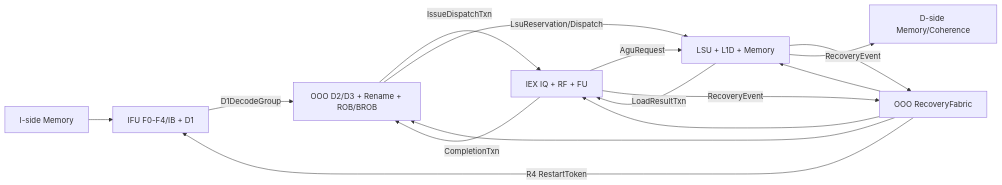
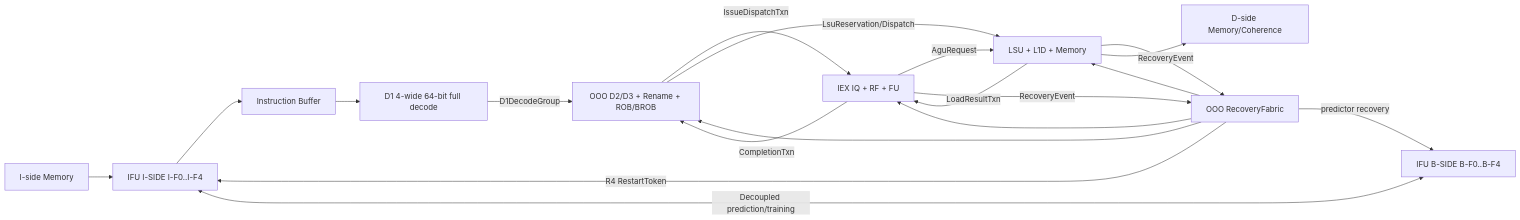
The diagram in docs/chisel/linxcore-chisel-microarchitecture-improvement-design.md (LinxISA/LinxCore), drawn with Mermaid before and after one commit. The commit also changed other lines of this file and 73 other files, not shown here.

````diff
--- a/docs/chisel/linxcore-chisel-microarchitecture-improvement-design.md
+++ b/docs/chisel/linxcore-chisel-microarchitecture-improvement-design.md
@@ -129,17 +139,21 @@
 ```mermaid
 flowchart LR
-  MEMI["I-side Memory"] --> IFU["IFU F0-F4/IB + D1"]
-  IFU -->|"D1DecodeGroup"| OOO["OOO D2/D3 + Rename + ROB/BROB"]
+  MEMI["I-side Memory"] --> ISIDE["IFU I-SIDE I-F0..I-F4"]
+  BSIDE["IFU B-SIDE B-F0..B-F4"] <-->|"Decoupled prediction/training"| ISIDE
+  ISIDE --> IB["Instruction Buffer"]
+  IB --> D1["D1 4-wide 64-bit full decode"]
+  D1 -->|"D1DecodeGroup"| OOO["OOO D2/D3 + Rename + ROB/BROB"]
   OOO -->|"IssueDispatchTxn"| IEX["IEX IQ + RF + FU"]
   OOO -->|"LsuReservation/Dispatch"| LSU["LSU + L1D + Memory"]
   IEX -->|"AguRequest"| LSU
   IEX -->|"CompletionTxn"| OOO
   LSU -->|"LoadResultTxn"| IEX
   LSU -->|"RecoveryEvent"| REC["OOO RecoveryFabric"]
   IEX -->|"RecoveryEvent"| REC
-  REC -->|"R4 RestartToken"| IFU
+  REC -->|"R4 RestartToken"| ISIDE
+  REC -->|"predictor recovery"| BSIDE
   REC --> OOO
   REC --> IEX
   REC --> LSU
   LSU --> MEMD["D-side Memory/Coherence"]
 ```
````
